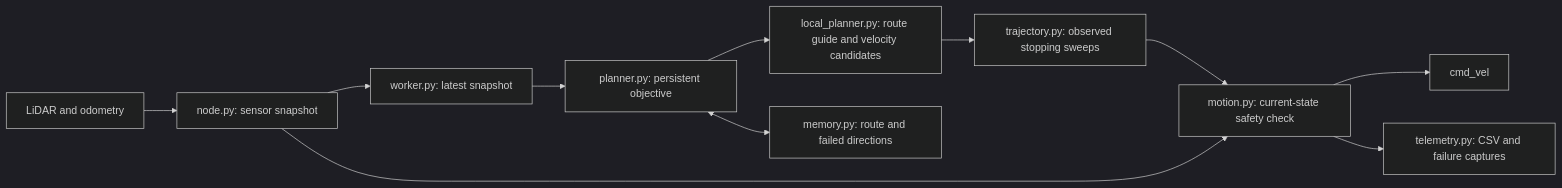
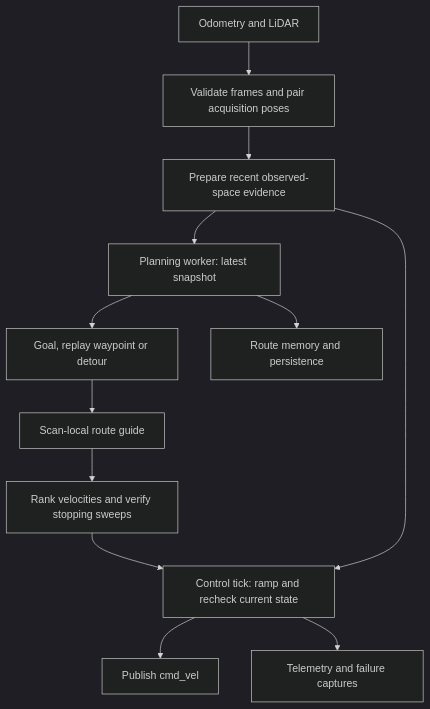
Before and after one commit to DJPark1213/Autonomous_Mobile_Robot_Lab: the diagram in amr_ws/src/py_amr_ttb/py_amr_ttb/lab3/README.md, drawn with Mermaid (dark theme). The commit also changed other lines of this file and 12 other files, not shown here.

````diff
--- a/amr_ws/src/py_amr_ttb/py_amr_ttb/lab3/README.md
+++ b/amr_ws/src/py_amr_ttb/py_amr_ttb/lab3/README.md
@@ -11,13 +55,14 @@
 ```mermaid
-flowchart LR
-  S[LiDAR and odometry] --> N[node.py: sensor snapshot]
-  N --> W[worker.py: latest snapshot]
-  W --> P[planner.py: persistent objective]
-  P --> L[local_planner.py: route guide and velocity candidates]
-  L --> V[trajectory.py: observed stopping sweeps]
-  V --> C[motion.py: current-state safety check]
-  N --> C
-  C --> O[cmd_vel]
-  P <--> M[memory.py: route and failed directions]
-  C --> T[telemetry.py: CSV and failure captures]
+flowchart TD
+  S[Odometry and LiDAR] --> N[Validate frames and pair acquisition poses]
+  N --> C[Prepare recent observed-space evidence]
+  C --> W[Planning worker: latest snapshot]
+  W --> O[Goal, replay waypoint or detour]
+  O --> G[Scan-local route guide]
+  G --> V[Rank velocities and verify stopping sweeps]
+  V --> M[Control tick: ramp and recheck current state]
+  C --> M
+  M --> P[Publish cmd_vel]
+  W --> R[Route memory and persistence]
+  M --> L[Telemetry and failure captures]
 ```
````
